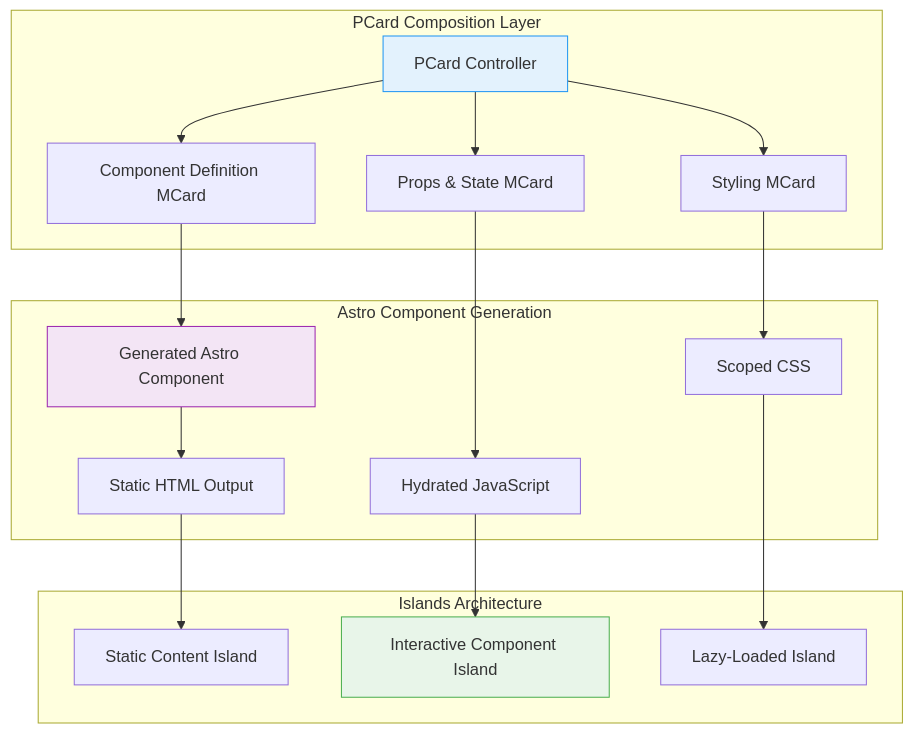
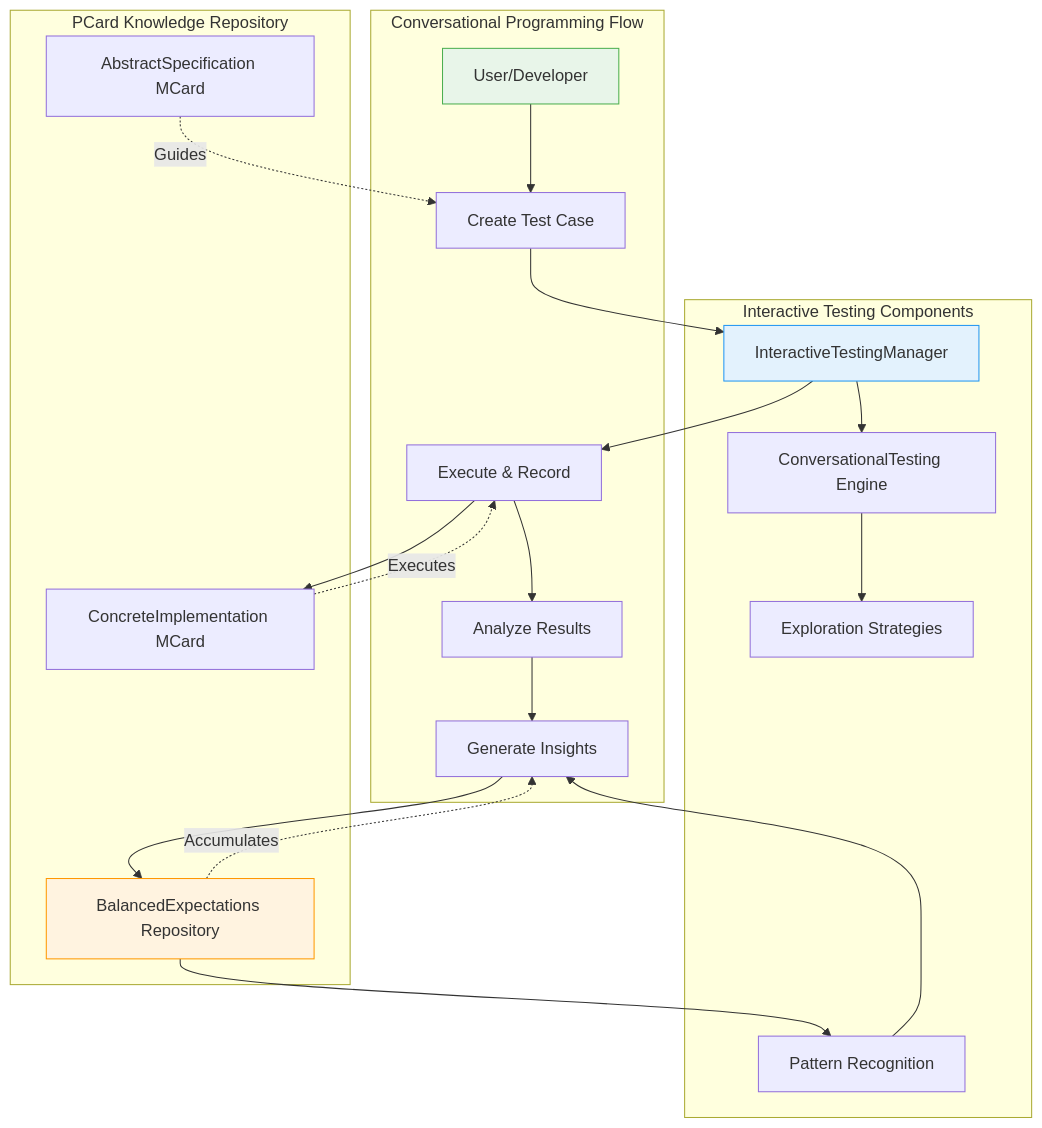
Before and after one commit to githubhenrykoo/PKC: the seventh of 14 diagrams in Docs/PKC.md, drawn with Mermaid. The commit also changed other lines of this file and 4 other files, not shown here.

````diff
--- a/Docs/PKC.md
+++ b/Docs/PKC.md
@@ -536,41 +538,45 @@
 ```mermaid
-%%{init: {"flowchart": {"htmlLabels": true, "curve": "basis"}}}%%
+%%{init: {"flowchart": {"htmlLabels": true}}}%%
 graph TB
-    subgraph "PCard Composition Layer"
-        PCard[PCard Controller]
-        ComponentDef[Component Definition MCard]
-        PropsMCard[Props & State MCard]
-        StyleMCard[Styling MCard]
+    subgraph "Conversational Programming Flow"
+        User[User/Developer]
+        TestCase[Create Test Case]
+        Execute[Execute & Record]
+        Analyze[Analyze Results]
+        Insights[Generate Insights]
     end
     
-    subgraph "Astro Component Generation"
-        AstroComp[Generated Astro Component]
-        StaticHTML[Static HTML Output]
-        HydratedJS[Hydrated JavaScript]
-        ScopedCSS[Scoped CSS]
+    subgraph "PCard Knowledge Repository"
+        AbstractSpec[AbstractSpecification MCard]
+        ConcreteImpl[ConcreteImplementation MCard]
+        BalancedExp[BalancedExpectations Repository]
     end
     
-    subgraph "Islands Architecture"
-        StaticIsland[Static Content Island]
-        InteractiveIsland[Interactive Component Island]
-        LazyIsland[Lazy-Loaded Island]
+    subgraph "Interactive Testing Components"
+        TestManager[InteractiveTestingManager]
+        ConversationalTesting[ConversationalTesting Engine]
+        ExplorationStrategies[Exploration Strategies]
+        PatternRecognition[Pattern Recognition]
     end
     
-    PCard --> ComponentDef
-    PCard --> PropsMCard
-    PCard --> StyleMCard
+    User --> TestCase
+    TestCase --> TestManager
+    TestManager --> Execute
+    Execute --> ConcreteImpl
+    Execute --> Analyze
+    Analyze --> Insights
+    Insights --> BalancedExp
     
-    ComponentDef --> AstroComp
-    PropsMCard --> HydratedJS
-    StyleMCard --> ScopedCSS
+    TestManager --> ConversationalTesting
+    ConversationalTesting --> ExplorationStrategies
+    BalancedExp --> PatternRecognition
+    PatternRecognition --> Insights
     
-    AstroComp --> StaticHTML
+    AbstractSpec -.->|Guides| TestCase
+    ConcreteImpl -.->|Executes| Execute
+    BalancedExp -.->|Accumulates| Insights
     
-    StaticHTML --> StaticIsland
-    HydratedJS --> InteractiveIsland
-    ScopedCSS --> LazyIsland
-    
-    style PCard fill:#e3f2fd,stroke:#2196f3
-    style AstroComp fill:#f3e5f5,stroke:#9c27b0
-    style InteractiveIsland fill:#e8f5e9,stroke:#4caf50
+    style User fill:#e8f5e9,stroke:#4caf50
+    style TestManager fill:#e3f2fd,stroke:#2196f3
+    style BalancedExp fill:#fff3e0,stroke:#ff9800
 ```
````
